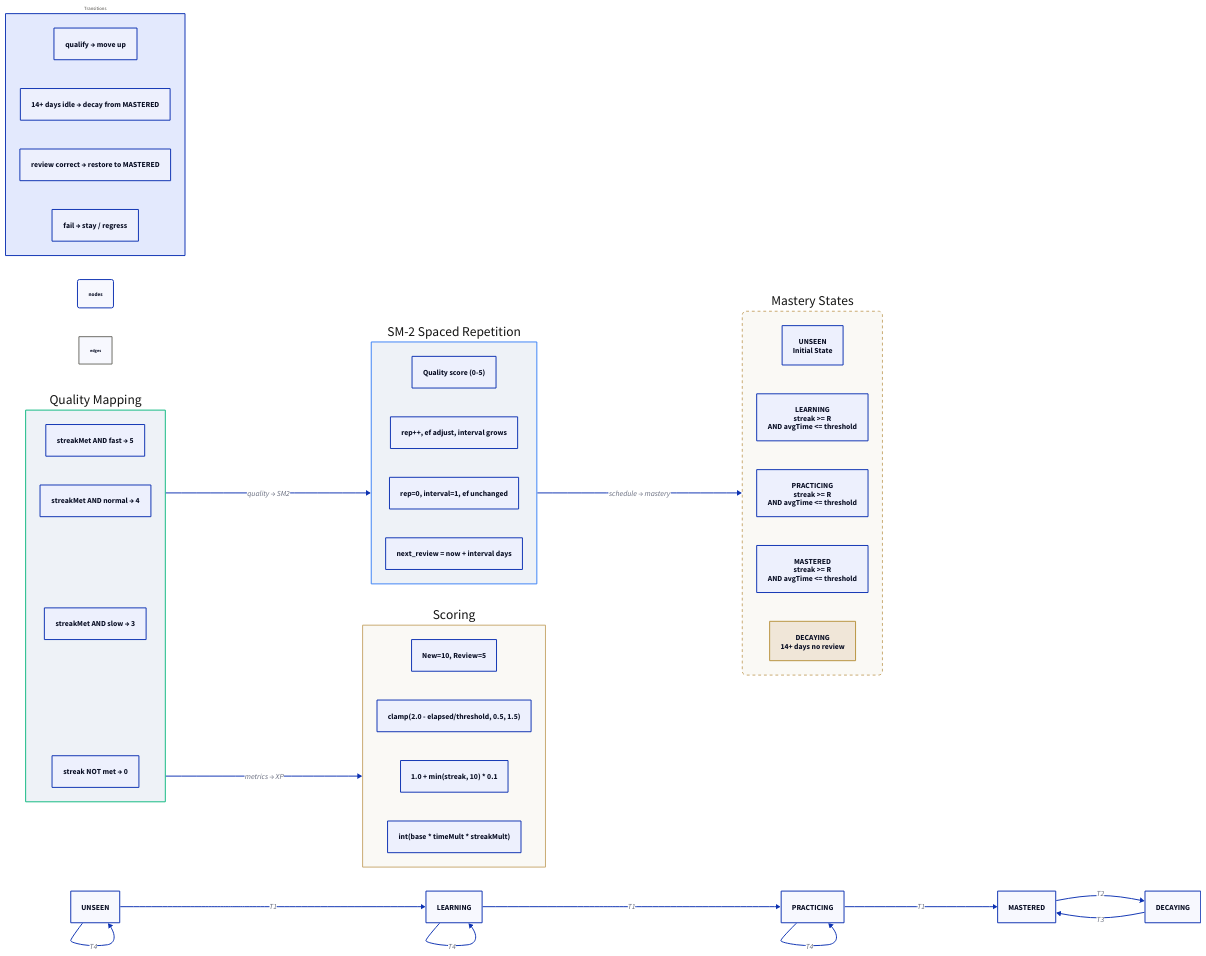
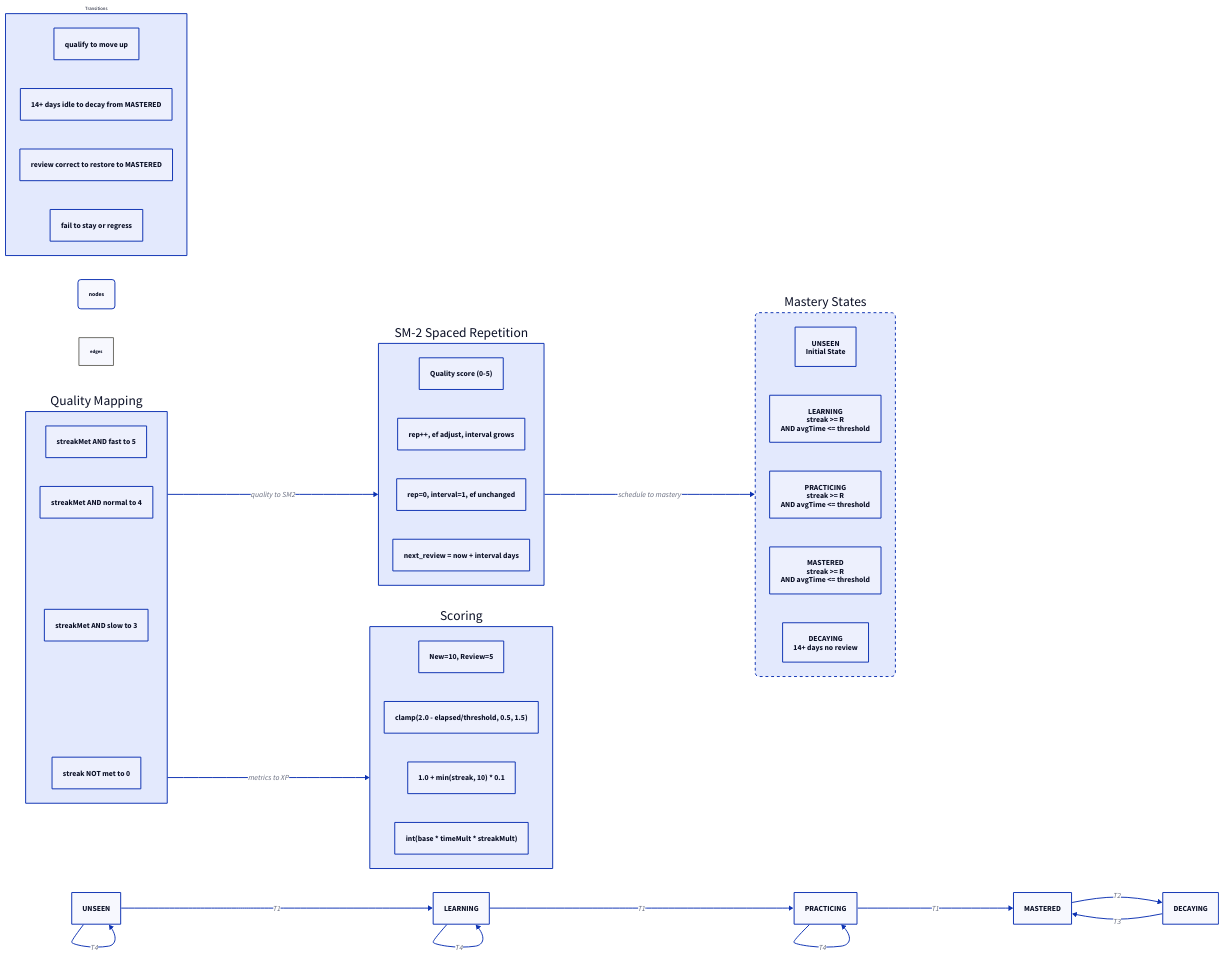
The diagram in web/next-app/diagrams/system-design-sm2-mastery.d2 (chuma-beep/mathua), drawn with D2 before and after one commit. The commit also changed 42 other files, not shown here.

```diff
--- a/web/next-app/diagrams/system-design-sm2-mastery.d2
+++ b/web/next-app/diagrams/system-design-sm2-mastery.d2
@@ -1,112 +1,86 @@
 # Mathua SM-2 Algorithm & Mastery State Machine
 
 direction: right
 
 # Mastery States
 States: Mastery States {
   UNSEEN: UNSEEN\nInitial State
-  
+
   LEARNING: LEARNING\nstreak >= R\nAND avgTime <= threshold
-  
+
   PRACTICING: PRACTICING\nstreak >= R\nAND avgTime <= threshold
-  
+
   MASTERED: MASTERED\nstreak >= R\nAND avgTime <= threshold
-  
+
   DECAYING: DECAYING\n14+ days no review
     style.stroke-dash: 3
 
   style: {
-    fill: "#FAF9F5"
-    stroke: "#C8A96E"
-    font-color: "#141413"
     border-radius: 8
-  }
-  DECAYING: {
-    style.fill: "#F0E6D8"
-    style.stroke: "#B8933E"
   }
 }
 
 Transitions: Transitions {
-  T1: qualify → move up
-  T2: 14+ days idle → decay from MASTERED
-  T3: review correct → restore to MASTERED
-  T4: fail → stay / regress
-  
+  T1: qualify to move up
+  T2: 14+ days idle to decay from MASTERED
+  T3: review correct to restore to MASTERED
+  T4: fail to stay or regress
+
   style: {
     font-size: 10
-    font-color: "#504e49"
   }
 }
 
 UNSEEN -> LEARNING: T1
 LEARNING -> PRACTICING: T1
 PRACTICING -> MASTERED: T1
 MASTERED -> DECAYING: T2
 DECAYING -> MASTERED: T3
 UNSEEN -> UNSEEN: T4
 LEARNING -> LEARNING: T4
 PRACTICING -> PRACTICING: T4
 
 # SM-2 Algorithm
 SM2: SM-2 Spaced Repetition {
-  Input: "Quality score (0-5)"
-  
-  "quality >= 3": "rep++, ef adjust, interval grows"
-  "quality  < 3": "rep=0, interval=1, ef unchanged"
-  
-  Schedule: "next_review = now + interval days"
-  
-  style: {
-    fill: "#EEF2F7"
-    stroke: "#3B82F6"
-    font-color: "#141413"
-  }
+  Input: Quality score (0-5)
+
+  "quality >= 3": rep++, ef adjust, interval grows
+  "quality  < 3": rep=0, interval=1, ef unchanged
+
+  Schedule: next_review = now + interval days
 }
 
 # Quality mapping
 Quality: Quality Mapping {
-  "Q5": "streakMet AND fast → 5"
-  "Q4": "streakMet AND normal → 4"
-  "Q3": "streakMet AND slow → 3"
-  "Q0": "streak NOT met → 0"
-  
-  style: {
-    fill: "#EEF2F7"
-    stroke: "#10B981"
-    font-color: "#141413"
-  }
+  "Q5": streakMet AND fast to 5
+  "Q4": streakMet AND normal to 4
+  "Q3": streakMet AND slow to 3
+  "Q0": streak NOT met to 0
 }
 
 # Scoring formula
 Scoring: Scoring {
-  "Base XP": "New=10, Review=5"
-  "Time Mult": "clamp(2.0 - elapsed/threshold, 0.5, 1.5)"
-  "Streak Mult": "1.0 + min(streak, 10) * 0.1"
-  "XP": "int(base * timeMult * streakMult)"
-  
-  style: {
-    fill: "#FAF9F5"
-    stroke: "#C8A96E"
-    font-color: "#141413"
-  }
+  "Base XP": New=10, Review=5
+  "Time Mult": clamp(2.0 - elapsed/threshold, 0.5, 1.5)
+  "Streak Mult": 1.0 + min(streak, 10) * 0.1
+  "XP": int(base * timeMult * streakMult)
 }
 
 # Links
-Quality -> SM2: quality → SM2
-SM2 -> States: schedule → mastery
-Quality -> Scoring: metrics → XP
+Quality -> SM2: quality to SM2
+SM2 -> States: schedule to mastery
+Quality -> Scoring: metrics to XP
 
 nodes: {
   style: {
-    border-radius: 4
-    font-size: 11
+    border-radius: 6
+    font-size: 12
   }
 }
 
 edges: {
   style: {
     stroke: "#6b6a64"
-    font-size: 9
+    font-size: 10
   }
 }
```
